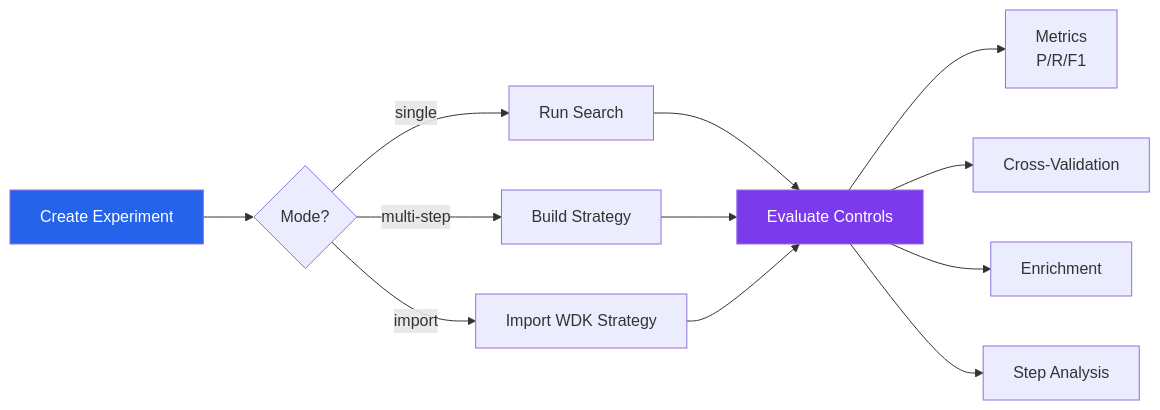
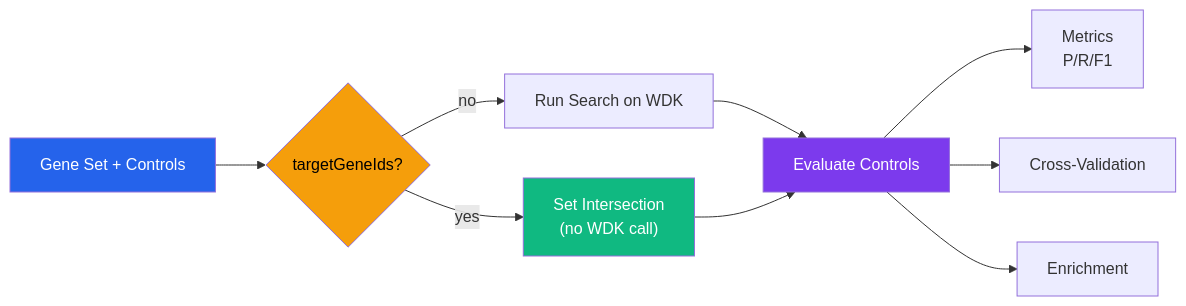
Before and after one commit to ahmedOmuharram/pathfinder: the diagram in apps/api/docs/api/experiments.rst, drawn with Mermaid. The commit also changed other lines of this file and 61 other files, not shown here.

```diff
--- a/apps/api/docs/api/experiments.rst
+++ b/apps/api/docs/api/experiments.rst
@@ -11,17 +10,16 @@
 .. mermaid::
 
    flowchart LR
-       A["Create Experiment"] --> B{"Mode?"}
-       B -->|single| C["Run Search"]
-       B -->|multi-step| D["Build Strategy"]
-       B -->|import| E["Import WDK Strategy"]
-       C --> F["Evaluate Controls"]
-       D --> F
-       E --> F
-       F --> G["Metrics<br/>P/R/F1"]
-       F --> H["Cross-Validation"]
-       F --> I["Enrichment"]
-       F --> J["Step Analysis"]
+       A["Gene Set + Controls"] --> G{targetGeneIds?}
+       G -- yes --> H["Set Intersection<br/>(no WDK call)"]
+       G -- no --> B["Run Search on WDK"]
+       B --> C["Evaluate Controls"]
+       H --> C
+       C --> D["Metrics<br/>P/R/F1"]
+       C --> E["Cross-Validation"]
+       C --> F["Enrichment"]
 
        style A fill:#2563eb,color:#fff
-       style F fill:#7c3aed,color:#fff
+       style G fill:#f59e0b,color:#000
+       style H fill:#10b981,color:#fff
+       style C fill:#7c3aed,color:#fff
```
